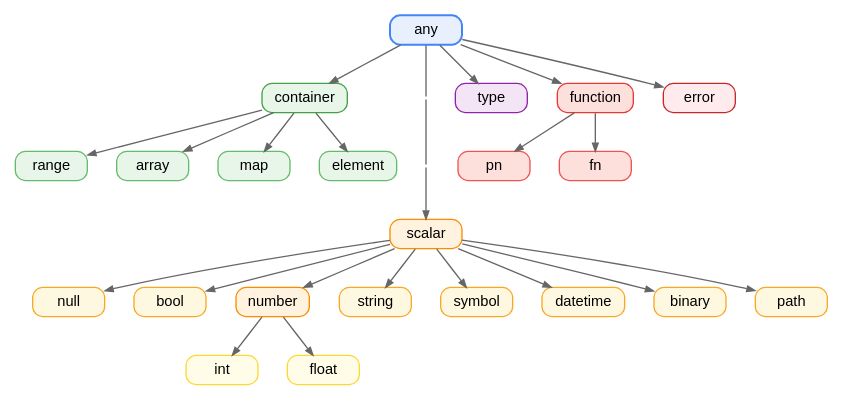
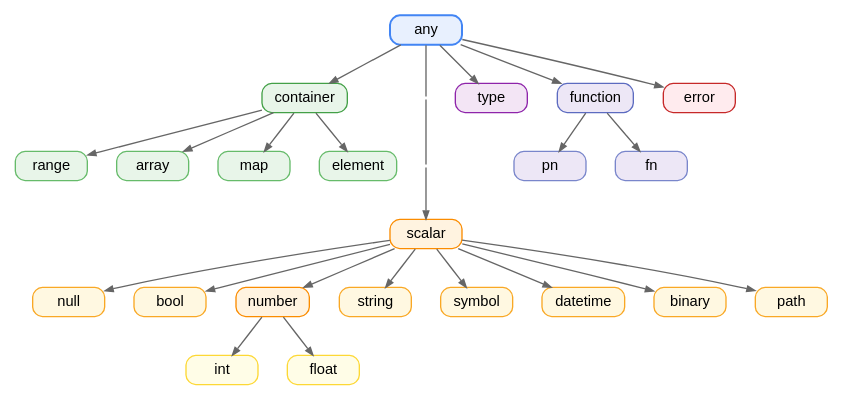
Before and after one commit to henry-luo/lambda: the diagram in doc/type_hierarchy.dot, drawn with Graphviz. The commit also changed 1 other file, not shown here.

Commit message:
enhanced type chart

```diff
--- a/doc/type_hierarchy.dot
+++ b/doc/type_hierarchy.dot
@@ -1,106 +1,106 @@
 digraph TypeHierarchy {
     // Layout
     rankdir=TB;
     nodesep=0.3;
     ranksep=0.4;
     
     // Global node style
     node [
         shape=box,
         style="rounded,filled",
         fontname="Helvetica",
         fontsize=11,
         height=0.3,
         margin="0.08,0.04"
     ];
     
     edge [
         arrowsize=0.6,
         color="#666666"
     ];
 
     // Top type
     any [fillcolor="#E8F0FE", color="#4285F4", penwidth=1.5];
 
-    // Invisible waypoint nodes for straight any→scalar center line
-    dot1 [shape=point, width=0.01, height=0.01, style=invis];
-    dot2 [shape=point, width=0.01, height=0.01, style=invis];
+    // Waypoint nodes for straight any→scalar center line (zero-size)
+    dot1 [shape=point, width=0, height=0];
+    dot2 [shape=point, width=0, height=0];
 
     // Level 1 children of any
     scalar [fillcolor="#FFF3E0", color="#FB8C00"];
     container [fillcolor="#E8F5E9", color="#43A047"];
     type [fillcolor="#F3E5F5", color="#8E24AA"];
-    function [fillcolor="#FDE0DC", color="#E53935"];
+    function [fillcolor="#EDE7F6", color="#5C6BC0"];
     error [fillcolor="#FFEBEE", color="#C62828"];
 
     // Scalar subtypes
     null [fillcolor="#FFF8E1", color="#F9A825"];
     bool [fillcolor="#FFF8E1", color="#F9A825"];
     number [fillcolor="#FFF3E0", color="#FB8C00"];
     string [fillcolor="#FFF8E1", color="#F9A825"];
     symbol [fillcolor="#FFF8E1", color="#F9A825"];
     datetime [fillcolor="#FFF8E1", color="#F9A825"];
     binary [fillcolor="#FFF8E1", color="#F9A825"];
     path [fillcolor="#FFF8E1", color="#F9A825"];
 
     // Number subtypes
     int [fillcolor="#FFFDE7", color="#FDD835"];
     float [fillcolor="#FFFDE7", color="#FDD835"];
 
     // Container subtypes
     range [fillcolor="#E8F5E9", color="#66BB6A"];
     array [fillcolor="#E8F5E9", color="#66BB6A"];
     map [fillcolor="#E8F5E9", color="#66BB6A"];
     element [fillcolor="#E8F5E9", color="#66BB6A"];
 
     // Function subtypes
-    fn [fillcolor="#FDE0DC", color="#EF5350"];
-    pn [fillcolor="#FDE0DC", color="#EF5350"];
+    fn [fillcolor="#EDE7F6", color="#7986CB"];
+    pn [fillcolor="#EDE7F6", color="#7986CB"];
 
     // Center line: any → dot1 → dot2 → scalar (straight vertical)
     any -> dot1 [arrowhead=none, weight=100];
     dot1 -> dot2 [arrowhead=none, weight=100];
     dot2 -> scalar [weight=100];
 
     // Left branch: container
     any -> container;
     container -> range;
     container -> array;
     container -> map;
     container -> element;
 
     // Right branches: type, function, error
     any -> function;
     any -> type;
     any -> error;
     function -> fn;
     function -> pn;
     
     // Scalar -> subtypes
     scalar -> null;
     scalar -> bool;
     scalar -> number;
     scalar -> string;
     scalar -> symbol;
     scalar -> datetime;
     scalar -> binary;
     scalar -> path;
 
     // Number subtypes
     number -> int;
     number -> float;
 
     // Rank hints — left | center | right at each level
     {rank=same; container; dot1; function; type; error}
     {rank=same; range; array; map; element; dot2; pn; fn}
     {rank=same; scalar}
     {rank=same; null; bool; number; string; symbol; datetime; binary; path}
     {rank=same; int; float}
 
     // Invisible ordering edges to keep container LEFT, type/func/error RIGHT of center
     container -> dot1 [style=invis];
     dot1 -> type [style=invis];
     range -> dot2 [style=invis];
-    dot2 -> pn [style=invis];
+    dot2 -> pn [style=invis, minlen=3];
     pn -> fn [style=invis];
 }
```
